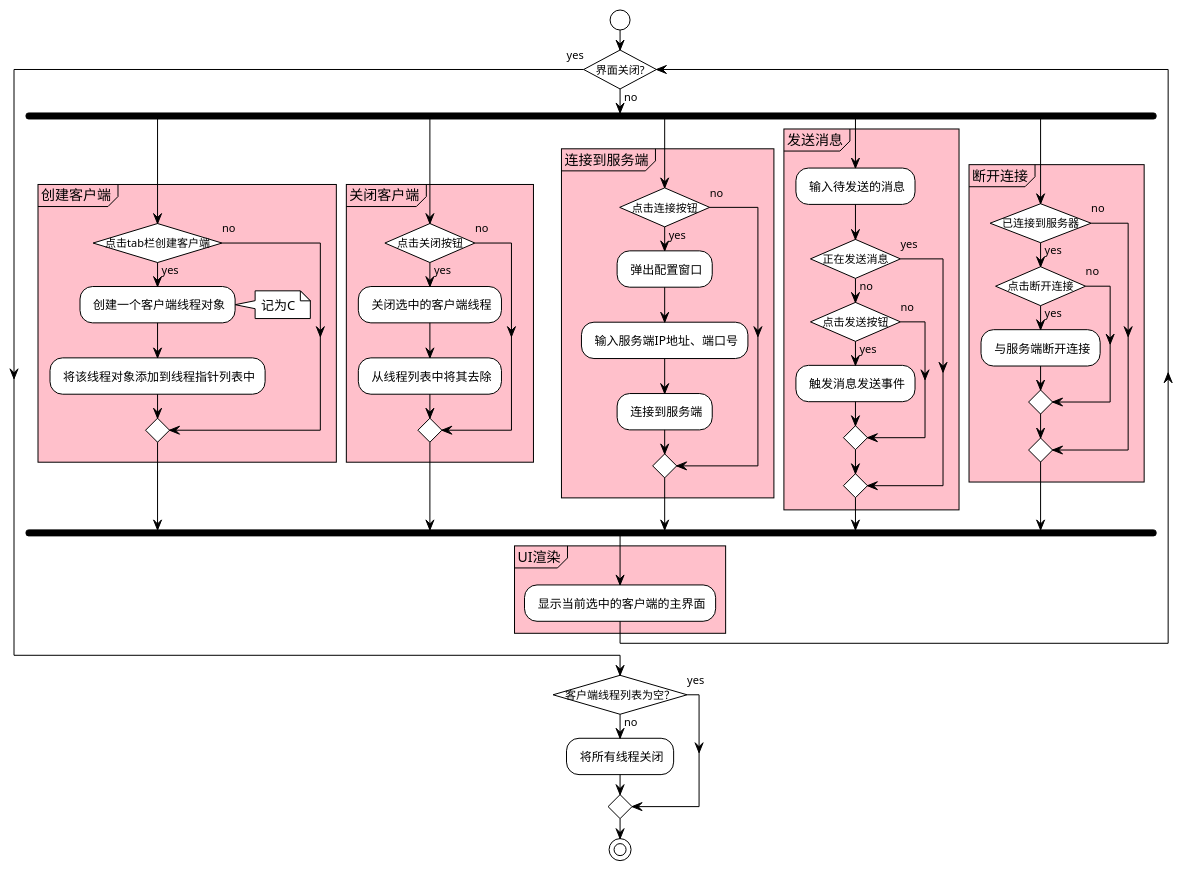
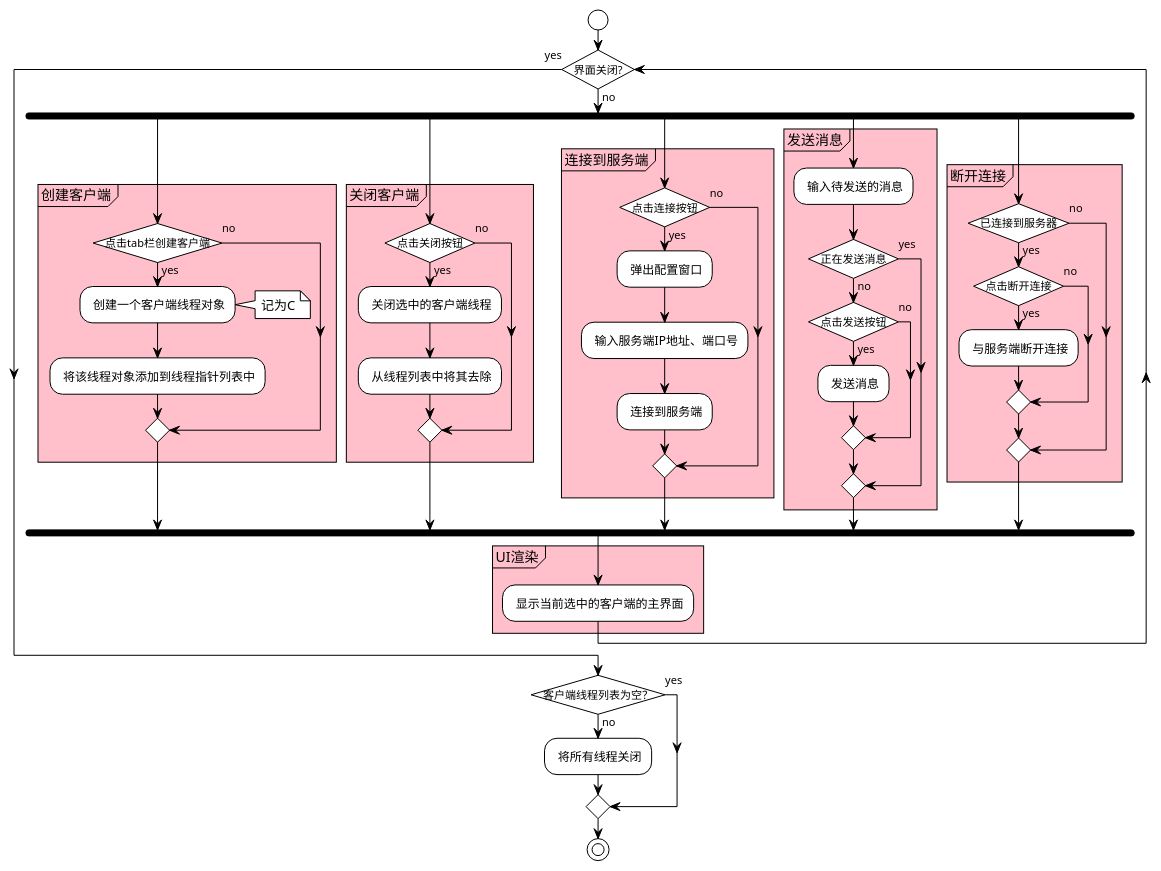
One commit to CJY-C/tcp changed the diagram in doc/clientUI.puml. Above: the diagram before and after it, drawn with PlantUML. The commit also changed 20 other files, not shown here.

```diff
--- a/doc/clientUI.puml
+++ b/doc/clientUI.puml
@@ -1,66 +1,66 @@
 @startuml
 !theme plain
 skinparam conditionStyle InsideDiamond
 |客户端界面|
 start
 while (界面关闭?) is (no)
 fork
     partition 创建客户端 #pink
         if (点击tab栏创建客户端) then (yes)
             : 创建一个客户端线程对象; 
             note right 
                 记为C
             end note
             : 将该线程对象添加到线程指针列表中;
         else (no)
         endif
     }
 fork again
     partition 关闭客户端 #pink
     if (点击关闭按钮) then (yes)
             : 关闭选中的客户端线程;
             : 从线程列表中将其去除;
         else (no)
         endif
     }
 fork again 
     partition 连接到服务端 #pink
         if (点击连接按钮) then (yes)
             : 弹出配置窗口;
             : 输入服务端IP地址、端口号;
             : 连接到服务端;
         else (no)
         endif
     }
 fork again 
     partition 发送消息 #pink
         : 输入待发送的消息;
         if  (正在发送消息) then (no)
             if (点击发送按钮) then (yes)
-                : 触发消息发送事件;
+                : 发送消息;
             else (no)
             endif
         else (yes)
         endif
     }
 fork again 
     partition 断开连接 #pink
         if (已连接到服务器) then (yes)
             if (点击断开连接) then (yes)
                 : 与服务端断开连接;
             else (no)
             endif
         else (no)
         endif
     }
 end fork
 partition UI渲染 #pink
     : 显示当前选中的客户端的主界面;
 }
 end while (yes)
 if (客户端线程列表为空？) then (yes)
 else (no)
     : 将所有线程关闭;
 endif
 stop
 @enduml
```
